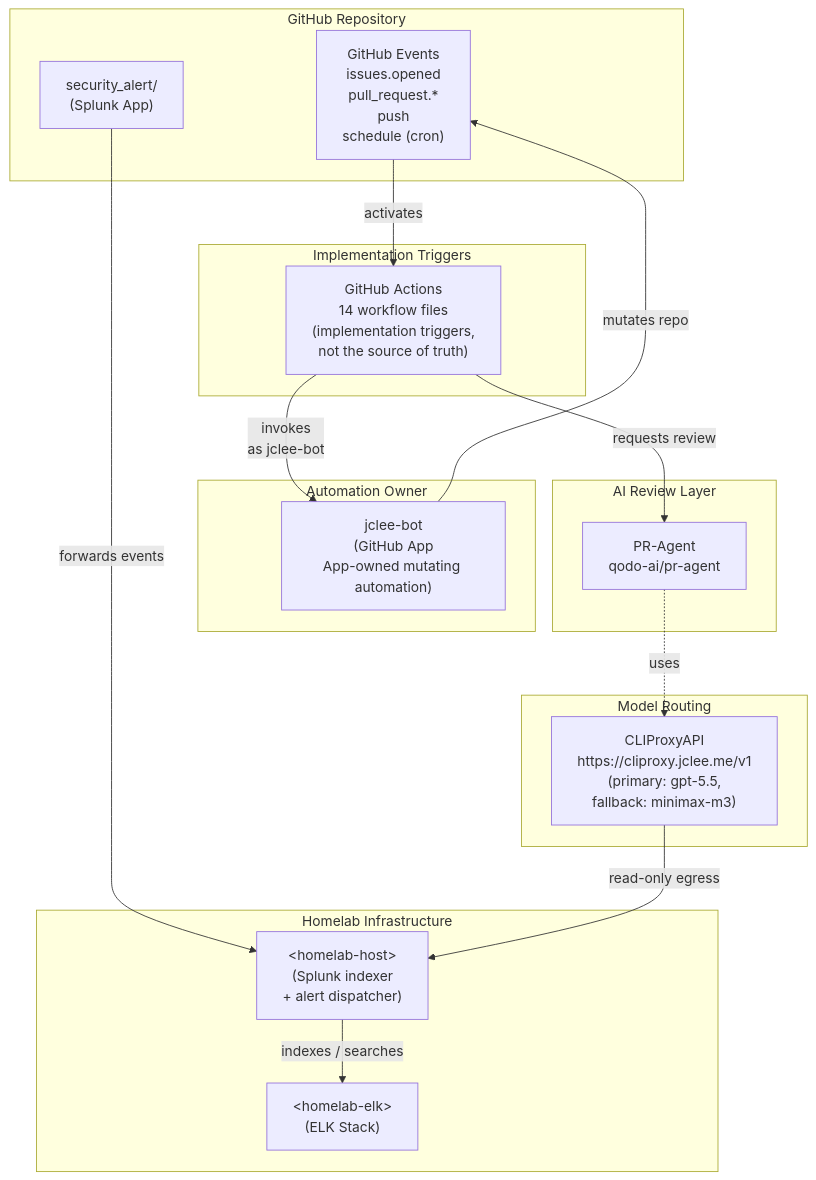
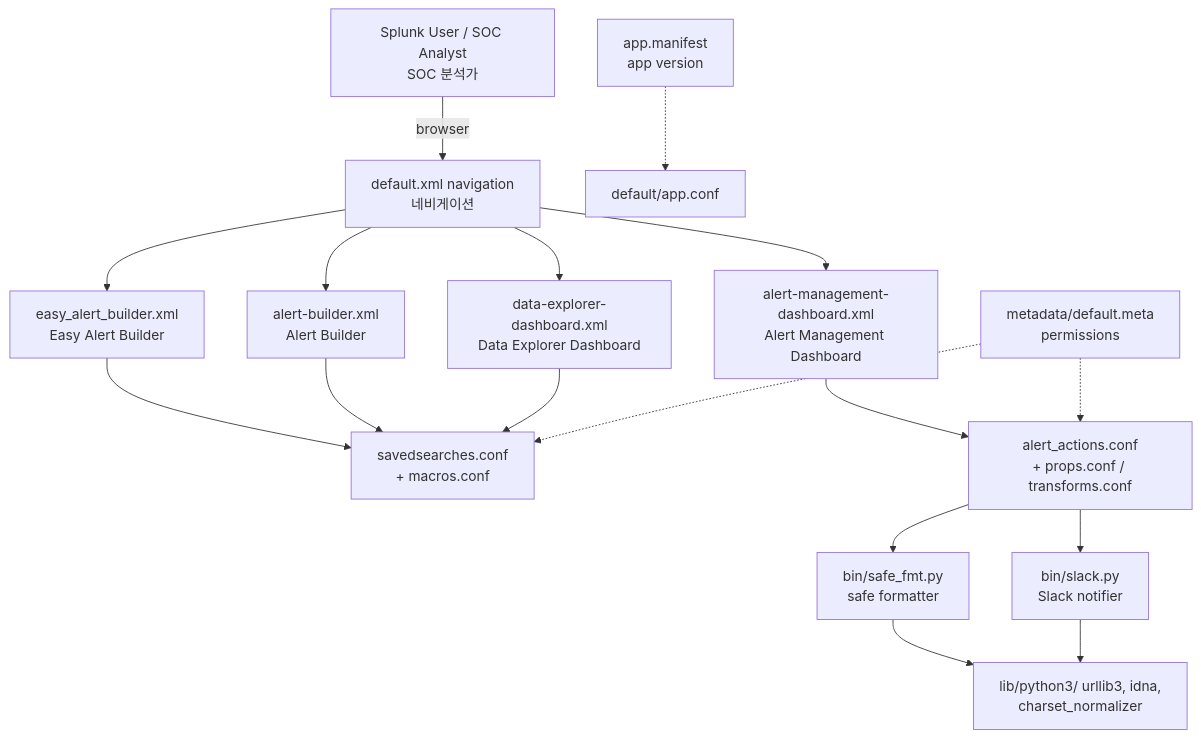
One commit to jclee941/splunk changed the diagram in README.md. Above: the diagram before and after it, drawn with Mermaid. The commit also changed other lines of this file, not shown here.

````diff
--- a/README.md
+++ b/README.md
@@ -87,37 +65,22 @@
 ```mermaid
-flowchart TD
-    subgraph SRC["GitHub Repository"]
-        EVT["GitHub Events<br/>issues.opened<br/>pull_request.*<br/>push<br/>schedule (cron)"]
-        APP["security_alert/<br/>(Splunk App)"]
-    end
+flowchart TB
+  User["Splunk User / SOC Analyst<br/>SOC 분석가"] -->|browser| Nav["default.xml navigation<br/>네비게이션"]
+  Nav --> EAB["easy_alert_builder.xml<br/>Easy Alert Builder"]
+  Nav --> AB["alert-builder.xml<br/>Alert Builder"]
+  Nav --> AMD["alert-management-dashboard.xml<br/>Alert Management Dashboard"]
+  Nav --> DX["data-explorer-dashboard.xml<br/>Data Explorer Dashboard"]
 
-    subgraph OWNER["Automation Owner"]
-        BOT["jclee-bot<br/>(GitHub App<br/>App-owned mutating automation)"]
-    end
+  EAB --> SS["savedsearches.conf<br/>+ macros.conf"]
+  AB --> SS
+  AMD --> AA["alert_actions.conf<br/>+ props.conf / transforms.conf"]
+  DX --> SS
 
-    subgraph TRIG["Implementation Triggers"]
-        WF["GitHub Actions<br/>14 workflow files<br/>(implementation triggers,<br/>not the source of truth)"]
-    end
+  AA --> Safe["bin/safe_fmt.py<br/>safe formatter"]
+  AA --> Slack["bin/slack.py<br/>Slack notifier"]
+  Safe --> Py["lib/python3/ urllib3, idna,<br/>charset_normalizer"]
+  Slack --> Py
 
-    subgraph REVIEW["AI Review Layer"]
-        PRA["PR-Agent<br/>qodo-ai/pr-agent"]
-    end
-
-    subgraph MODEL["Model Routing"]
-        CLI["CLIProxyAPI<br/>https://cliproxy.jclee.me/v1<br/>(primary: gpt-5.5,<br/>fallback: minimax-m3)"]
-    end
-
-    subgraph HOMELAB["Homelab Infrastructure"]
-        HOST["&lt;homelab-host&gt;<br/>(Splunk indexer<br/>+ alert dispatcher)"]
-        ELK["&lt;homelab-elk&gt;<br/>(ELK Stack)"]
-    end
-
-    EVT -->|activates| WF
-    WF -->|invokes<br/>as jclee-bot| BOT
-    BOT -->|mutates repo| EVT
-    WF -->|requests review| PRA
-    PRA -.uses.-> CLI
-    APP -->|forwards events| HOST
-    HOST -->|indexes / searches| ELK
-    CLI -->|read-only egress| HOST
+  Meta["metadata/default.meta<br/>permissions"] -.-> SS
+  Meta -.-> AA
+  Manifest["app.manifest<br/>app version"] -.-> AppConf["default/app.conf"]
 ```
````
